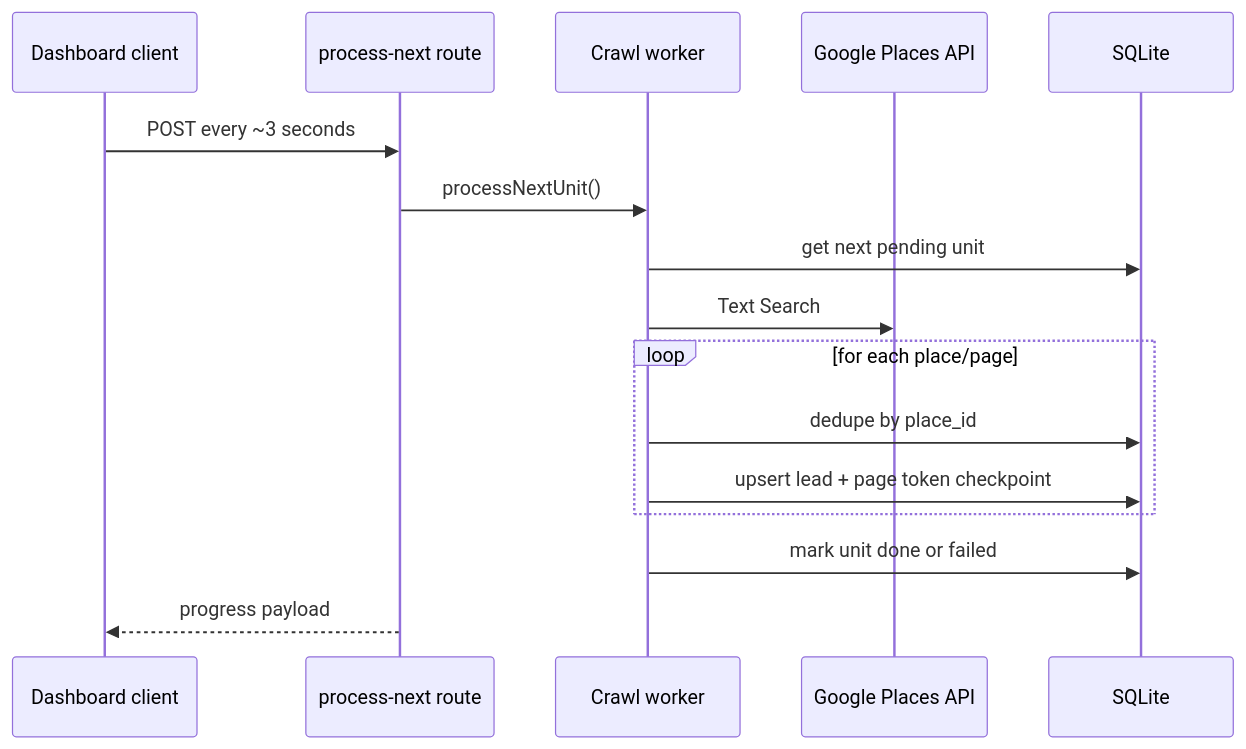
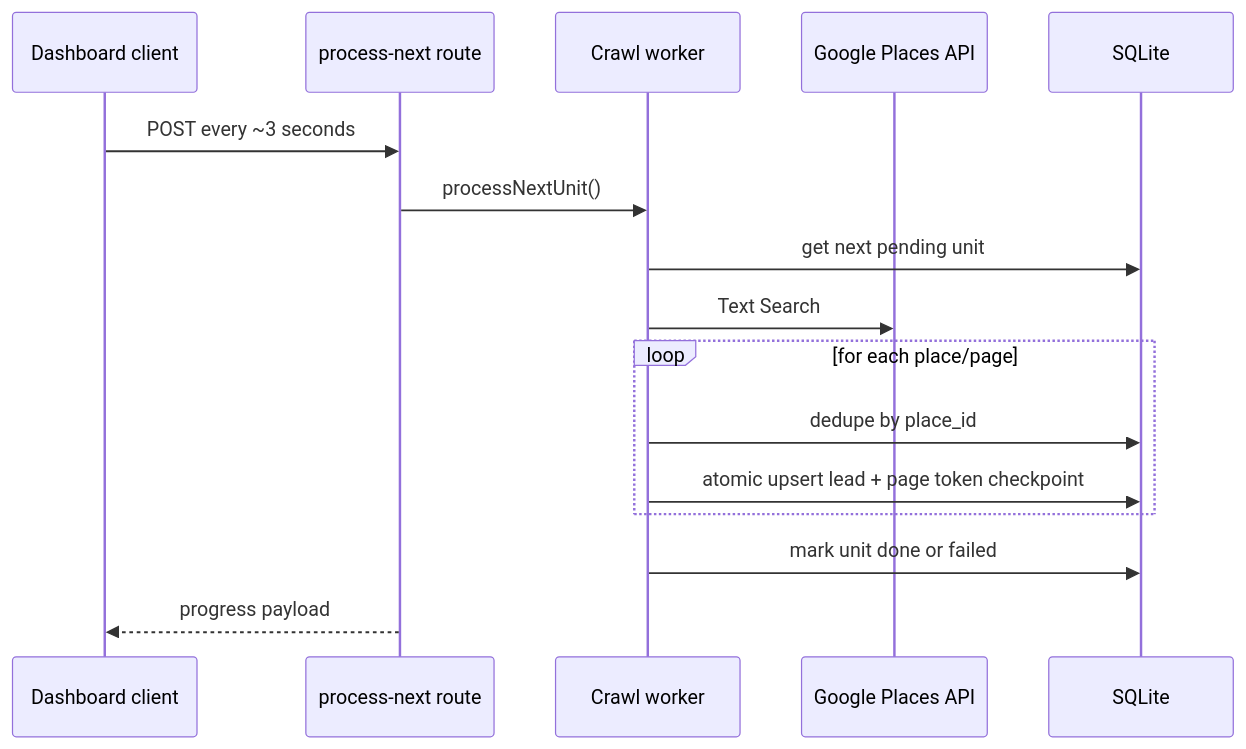
Before and after one commit to gfd26k6879-cloud/nova-trade-lead-management: the third of 4 diagrams in docs/ULTRA_SYSTEM_ATLAS.md, drawn with Mermaid. The commit also changed other lines of this file and 73 other files, not shown here.

````diff
--- a/docs/ULTRA_SYSTEM_ATLAS.md
+++ b/docs/ULTRA_SYSTEM_ATLAS.md
@@ -77,19 +88,19 @@
 ```mermaid
 sequenceDiagram
   participant UI as Dashboard client
   participant API as process-next route
   participant W as Crawl worker
   participant GP as Google Places API
   participant DB as SQLite
 
   UI->>API: POST every ~3 seconds
   API->>W: processNextUnit()
   W->>DB: get next pending unit
   W->>GP: Text Search
   loop for each place/page
     W->>DB: dedupe by place_id
-    W->>DB: upsert lead + page token checkpoint
+    W->>DB: atomic upsert lead + page token checkpoint
   end
   W->>DB: mark unit done or failed
   API-->>UI: progress payload
 ```
````
